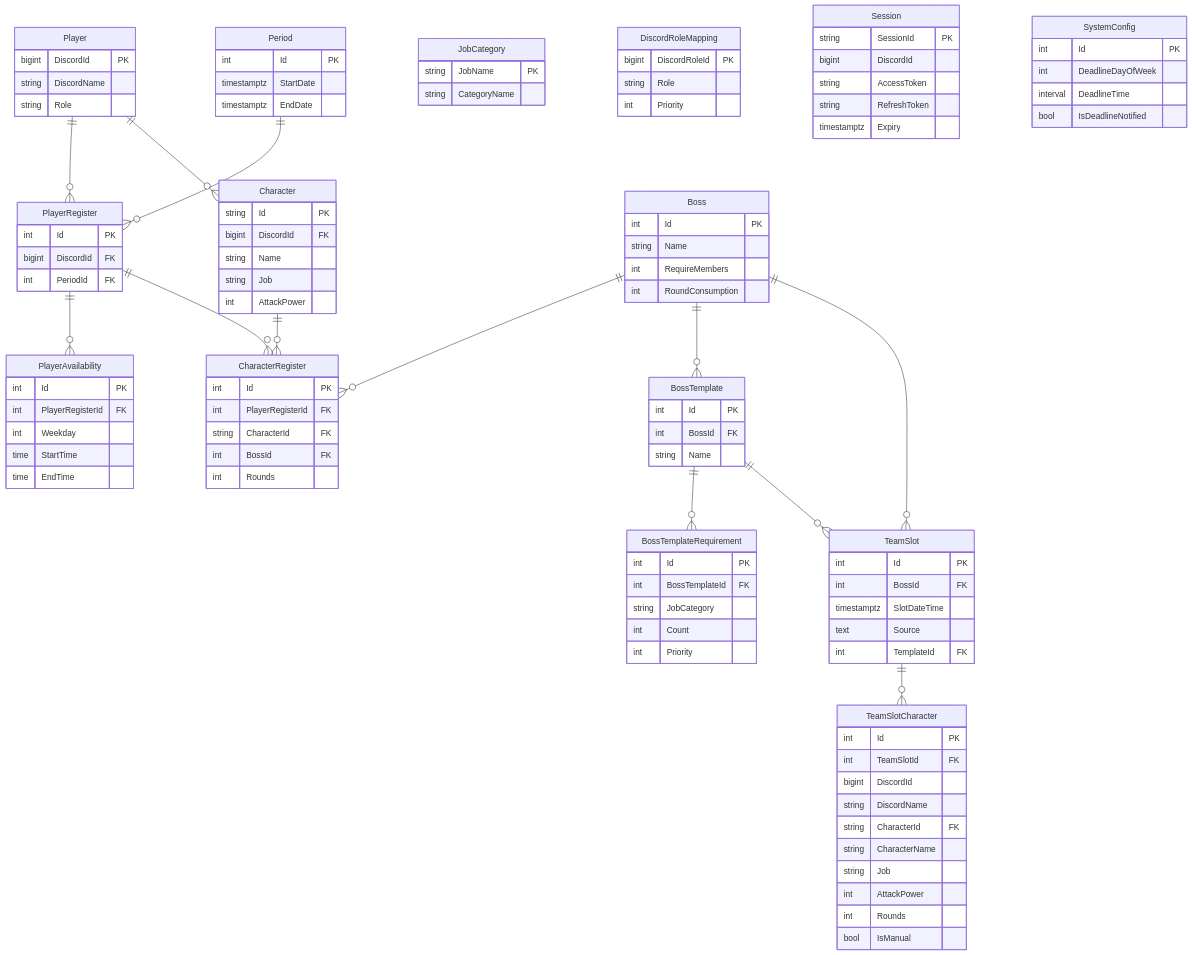
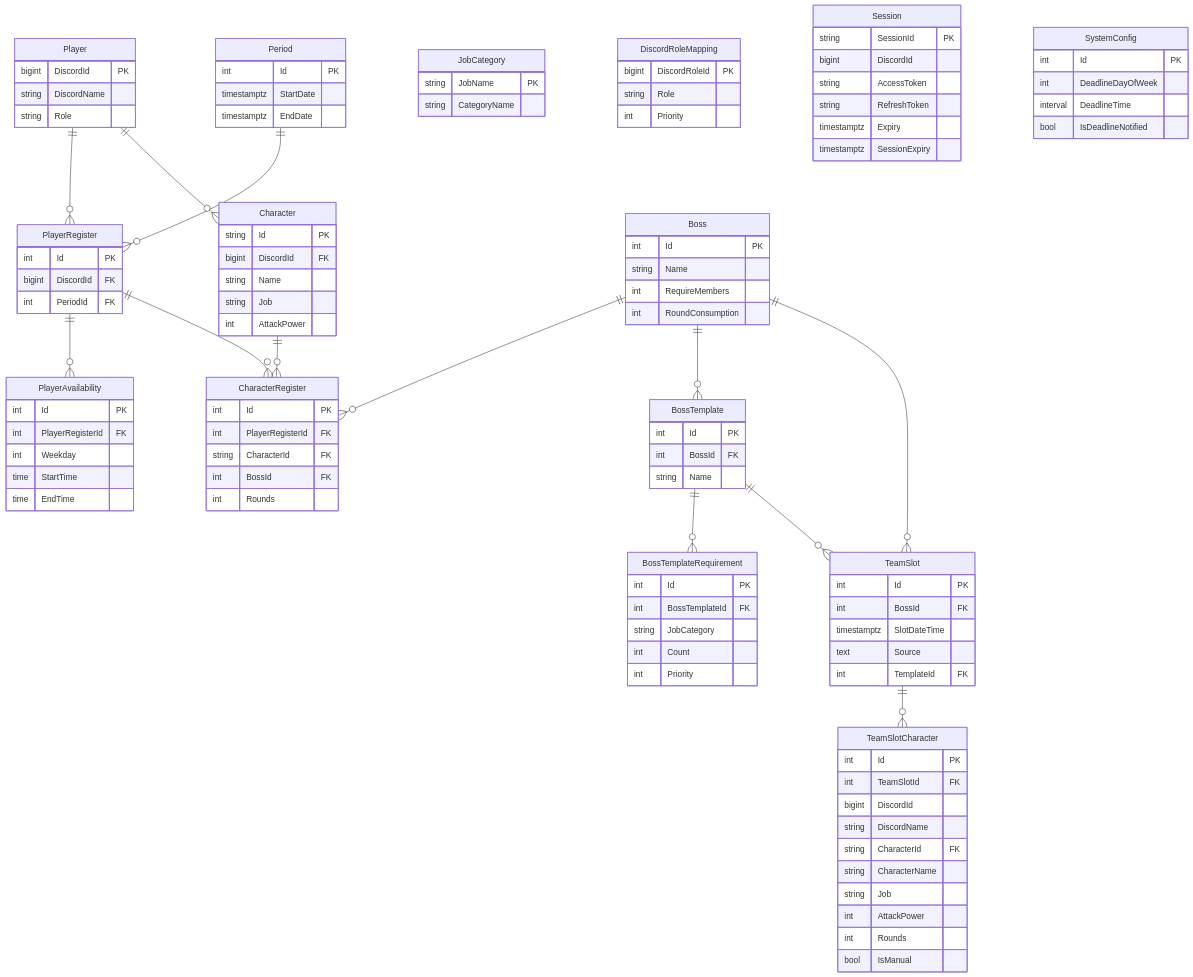
The fifth of 8 diagrams in docs/architecture.md (MinMiss5678/MapleStoryRaidScheduler), drawn with Mermaid before and after one commit. The commit also changed 11 other files, not shown here.

```diff
--- a/docs/architecture.md
+++ b/docs/architecture.md
@@ -527,6 +527,7 @@
         string AccessToken
         string RefreshToken
         timestamptz Expiry
+        timestamptz SessionExpiry
     }
 
     SystemConfig {
```
